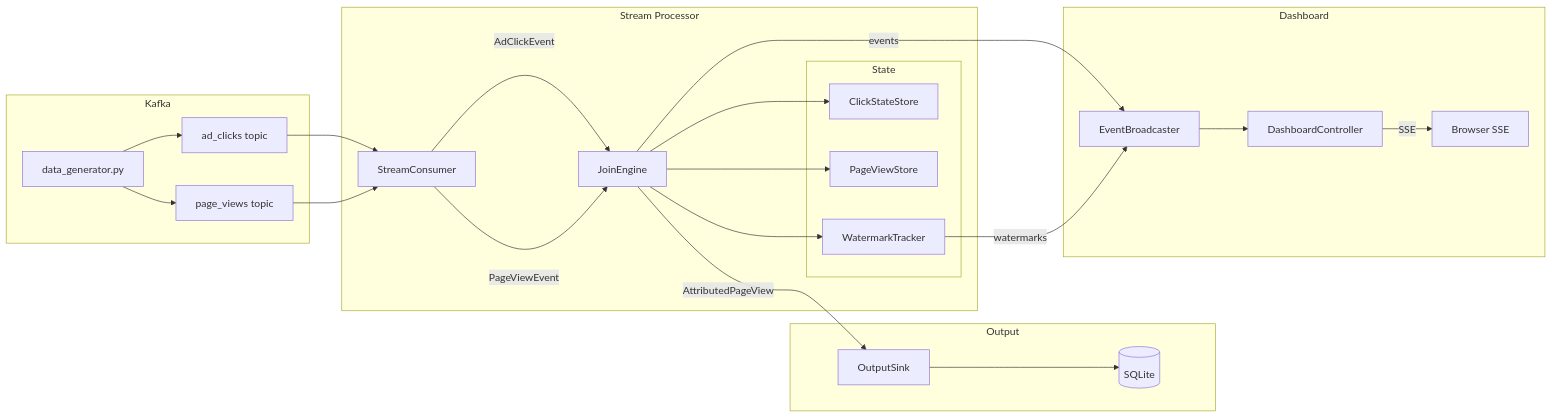
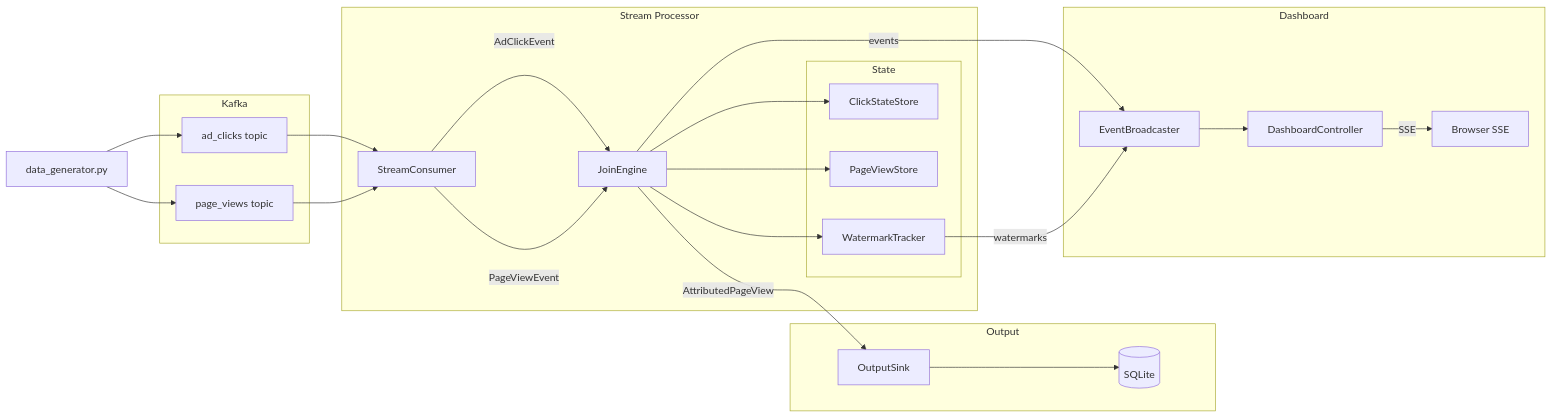
Before and after one commit to dfunto/uno-mille: the diagram in README.md, drawn with Mermaid.

````diff
--- a/README.md
+++ b/README.md
@@ -17,46 +17,47 @@
 ```mermaid
 graph LR
+    PY[data_generator.py] --> KC
+    PY --> KP
+
     subgraph Kafka
-        PY[data_generator.py] --> KC
-        PY --> KP
         KC[ad_clicks topic]
         KP[page_views topic]
     end
 
     subgraph Stream Processor
         SC[StreamConsumer]
 
         subgraph State
             CS[ClickStateStore]
             PS[PageViewStore]
             WT[WatermarkTracker]
         end
 
         JE[JoinEngine]
         SC -- AdClickEvent --> JE
         SC -- PageViewEvent --> JE
         JE --> CS
         JE --> PS
         JE --> WT
     end
 
     KC --> SC
     KP --> SC
 
     subgraph Output
         SK[OutputSink]
         DB[(SQLite)]
     end
 
     JE -- AttributedPageView --> SK --> DB
 
     subgraph Dashboard
         EB[EventBroadcaster]
         DC[DashboardController]
         BR[Browser SSE]
     end
 
     JE -- events --> EB
     WT -- watermarks --> EB
     EB --> DC -- SSE --> BR
 ```
````
